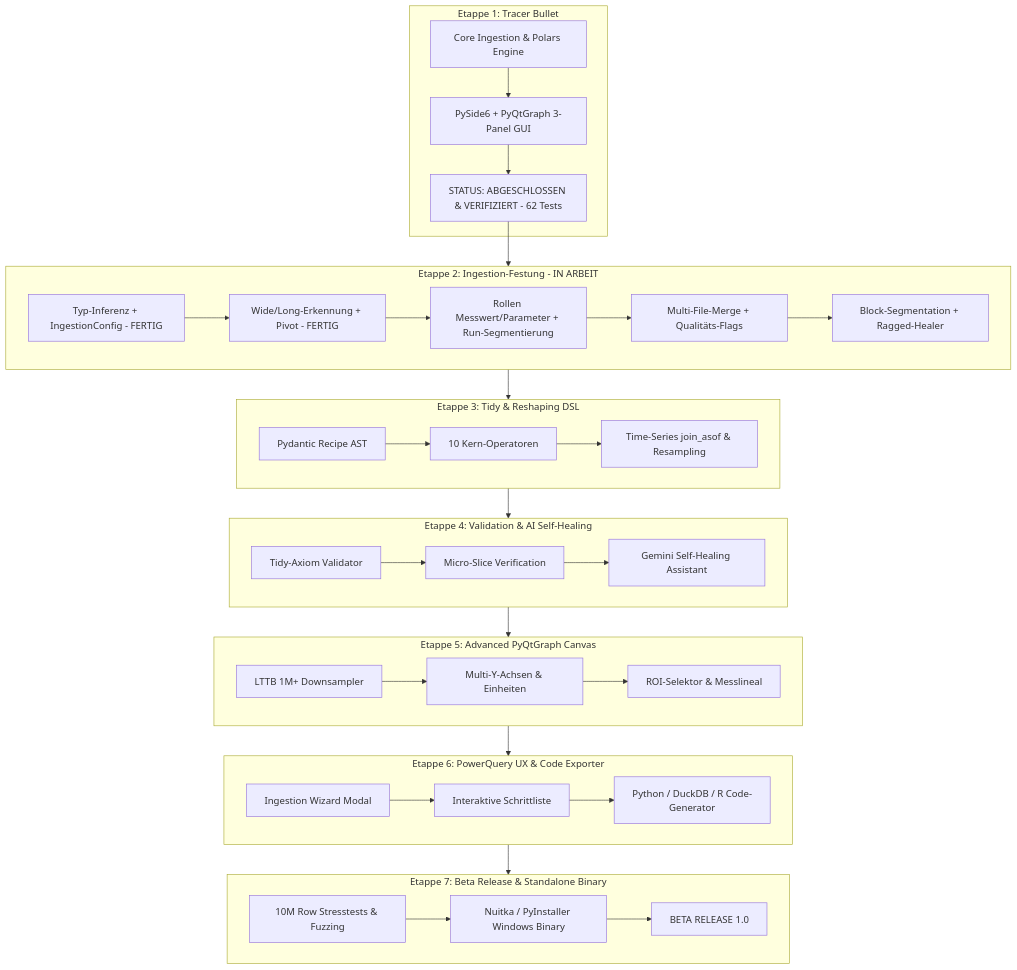
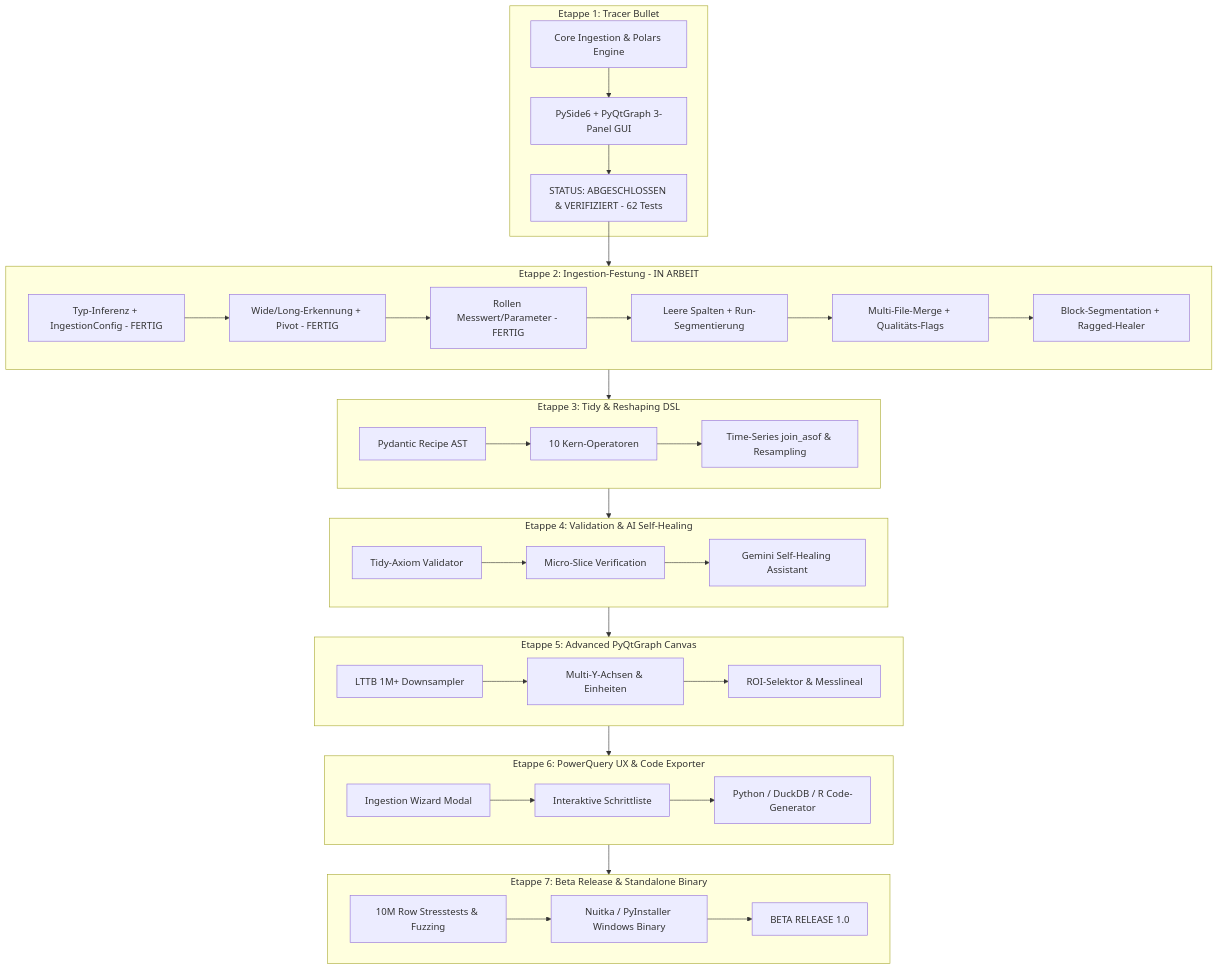
The diagram in docs/MASTER_ETAPPEN_PLAN.md (SeTi100/Datualizer), drawn with Mermaid before and after one commit. The commit also changed other lines of this file and 10 other files, not shown here.

First line of the commit message:
Rollen Messwert vs. Parameter: konstant pro Run → PARAMETER (P7)

````diff
--- a/docs/MASTER_ETAPPEN_PLAN.md
+++ b/docs/MASTER_ETAPPEN_PLAN.md
@@ -23,46 +23,47 @@
 ```mermaid
 flowchart TD
     subgraph E1 [Etappe 1: Tracer Bullet]
         E1_Core[Core Ingestion & Polars Engine] --> E1_GUI[PySide6 + PyQtGraph 3-Panel GUI]
         E1_GUI --> E1_Done[STATUS: ABGESCHLOSSEN & VERIFIZIERT - 62 Tests]
     end
 
     subgraph E2 [Etappe 2: Ingestion-Festung - IN ARBEIT]
         E2_Type[Typ-Inferenz + IngestionConfig - FERTIG] --> E2_Long[Wide/Long-Erkennung + Pivot - FERTIG]
-        E2_Long --> E2_Role[Rollen Messwert/Parameter + Run-Segmentierung]
-        E2_Role --> E2_Merge[Multi-File-Merge + Qualitäts-Flags]
+        E2_Long --> E2_Role[Rollen Messwert/Parameter - FERTIG]
+        E2_Role --> E2_Run[Leere Spalten + Run-Segmentierung]
+        E2_Run --> E2_Merge[Multi-File-Merge + Qualitäts-Flags]
         E2_Merge --> E2_Block[Block-Segmentation + Ragged-Healer]
     end
 
     subgraph E3 [Etappe 3: Tidy & Reshaping DSL]
         E3_AST[Pydantic Recipe AST] --> E3_Ops[10 Kern-Operatoren]
         E3_Ops --> E3_Time[Time-Series join_asof & Resampling]
     end
 
     subgraph E4 [Etappe 4: Validation & AI Self-Healing]
         E4_Axiom[Tidy-Axiom Validator] --> E4_Slice[Micro-Slice Verification]
         E4_Slice --> E4_LLM[Gemini Self-Healing Assistant]
     end
 
     subgraph E5 [Etappe 5: Advanced PyQtGraph Canvas]
         E5_LTTB[LTTB 1M+ Downsampler] --> E5_Axes[Multi-Y-Achsen & Einheiten]
         E5_Axes --> E5_Tools[ROI-Selektor & Messlineal]
     end
 
     subgraph E6 [Etappe 6: PowerQuery UX & Code Exporter]
         E6_Wiz[Ingestion Wizard Modal] --> E6_Hist[Interaktive Schrittliste]
         E6_Hist --> E6_Export[Python / DuckDB / R Code-Generator]
     end
 
     subgraph E7 [Etappe 7: Beta Release & Standalone Binary]
         E7_Bench[10M Row Stresstests & Fuzzing] --> E7_Pack[Nuitka / PyInstaller Windows Binary]
         E7_Pack --> E7_Release[BETA RELEASE 1.0]
     end
 
     E1_Done --> E2
     E2 --> E3
     E3 --> E4
     E4 --> E5
     E5 --> E6
     E6 --> E7
 ```
````
